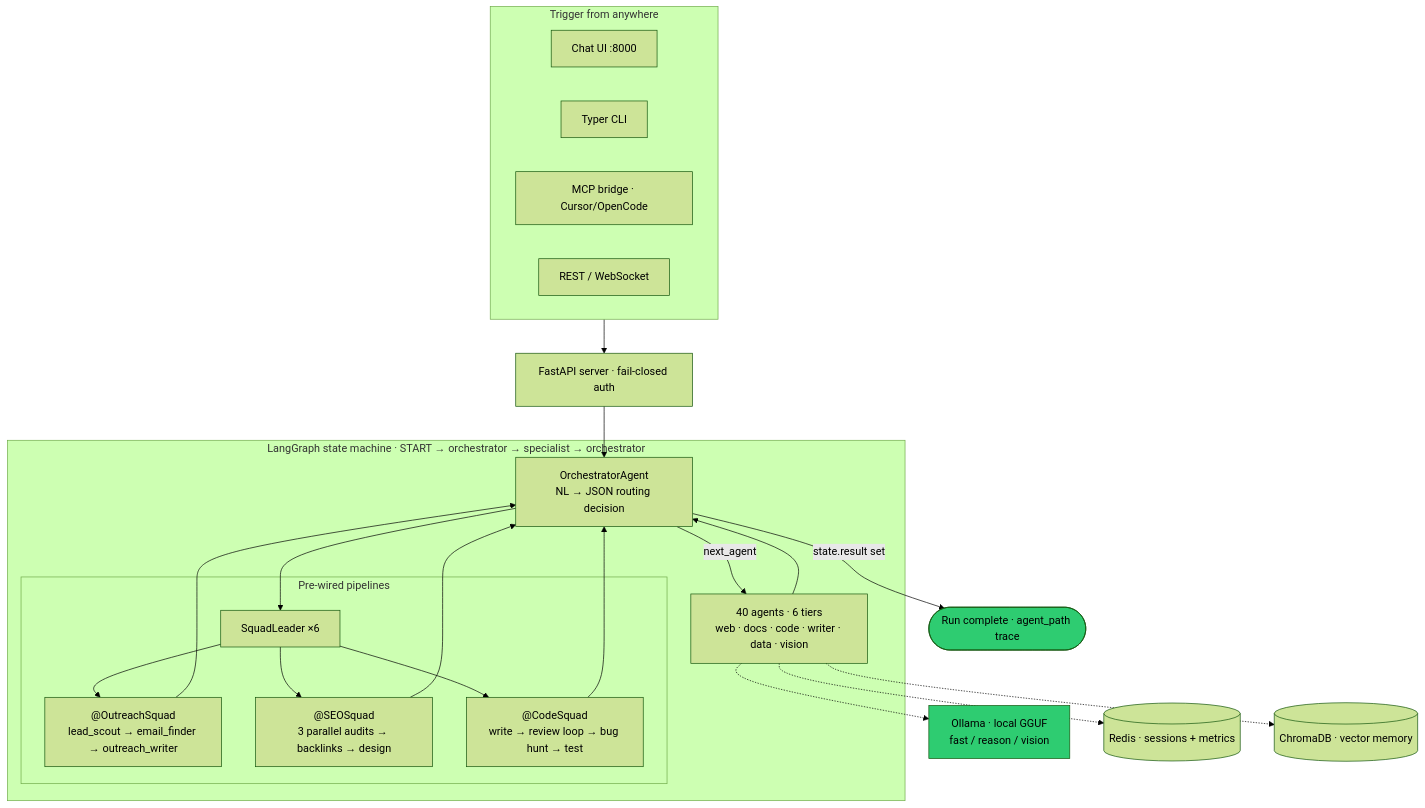
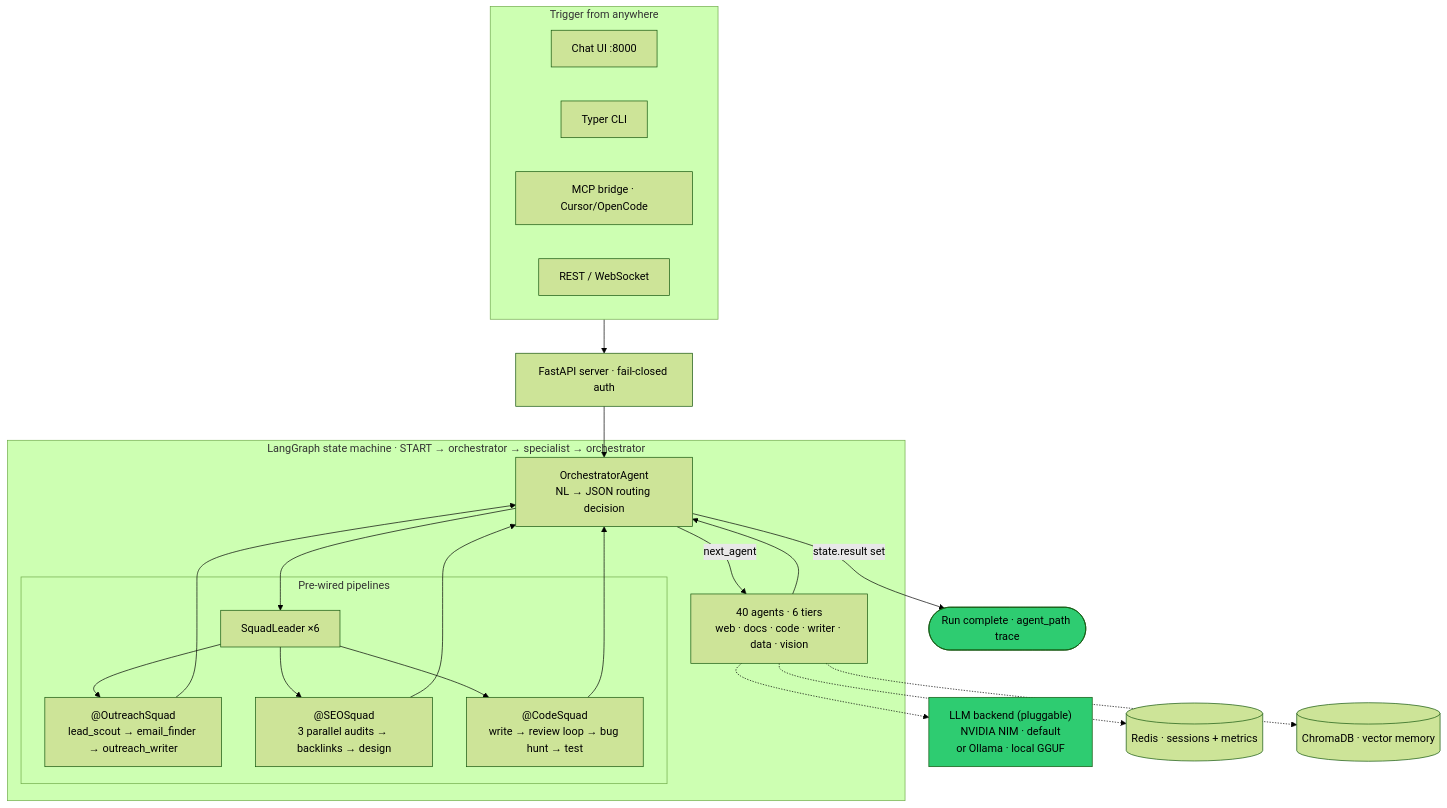
One commit to sgm-audio/30-agents changed the diagram in README.md. Above: the diagram before and after it, drawn with Mermaid (forest theme). The commit also changed other lines of this file and 7 other files, not shown here.

Commit message:
feat: pluggable LLM backend — NVIDIA NIM default, Ollama local option

````diff
--- a/README.md
+++ b/README.md
@@ -17,35 +17,35 @@
 ```mermaid
 flowchart TD
     subgraph Entry["Trigger from anywhere"]
         UI["Chat UI :8000"]
         CLI["Typer CLI"]
         MCP["MCP bridge · Cursor/OpenCode"]
         REST["REST / WebSocket"]
     end
 
     Entry --> API["FastAPI server · fail-closed auth"]
     API --> ORCH["OrchestratorAgent<br/>NL → JSON routing decision"]
 
     subgraph Graph["LangGraph state machine · START → orchestrator → specialist → orchestrator"]
         ORCH -->|"next_agent"| AGENTS["40 agents · 6 tiers<br/>web · docs · code · writer · data · vision"]
         AGENTS --> ORCH
         ORCH --> SQUAD["SquadLeader ×6"]
         subgraph Squads["Pre-wired pipelines"]
             SQUAD --> OUT["@OutreachSquad<br/>lead_scout → email_finder → outreach_writer"]
             SQUAD --> SEO["@SEOSquad<br/>3 parallel audits → backlinks → design"]
             SQUAD --> CODE["@CodeSquad<br/>write → review loop → bug hunt → test"]
         end
         OUT --> ORCH
         SEO --> ORCH
         CODE --> ORCH
     end
 
     ORCH -->|"state.result set"| DONE(["Run complete · agent_path trace"])
 
-    AGENTS -.-> OLLAMA["Ollama · local GGUF<br/>fast / reason / vision"]
+    AGENTS -.-> LLM["LLM backend (pluggable)<br/>NVIDIA NIM · default<br/>or Ollama · local GGUF"]
     AGENTS -.-> REDIS[("Redis · sessions + metrics")]
     AGENTS -.-> CHROMA[("ChromaDB · vector memory")]
 
-    style OLLAMA fill:#2ecc71,color:#000
+    style LLM fill:#2ecc71,color:#000
     style DONE fill:#2ecc71,color:#000
 ```
````
